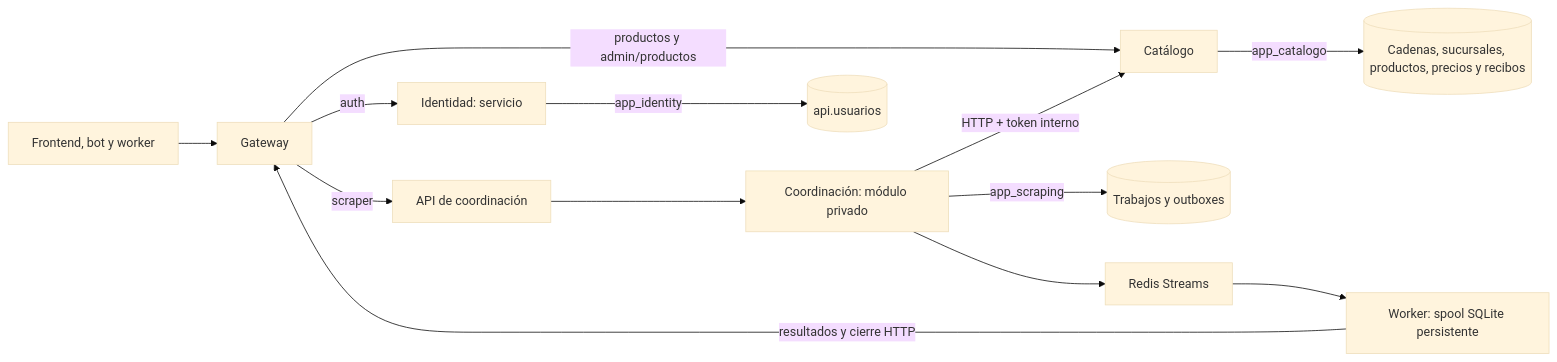
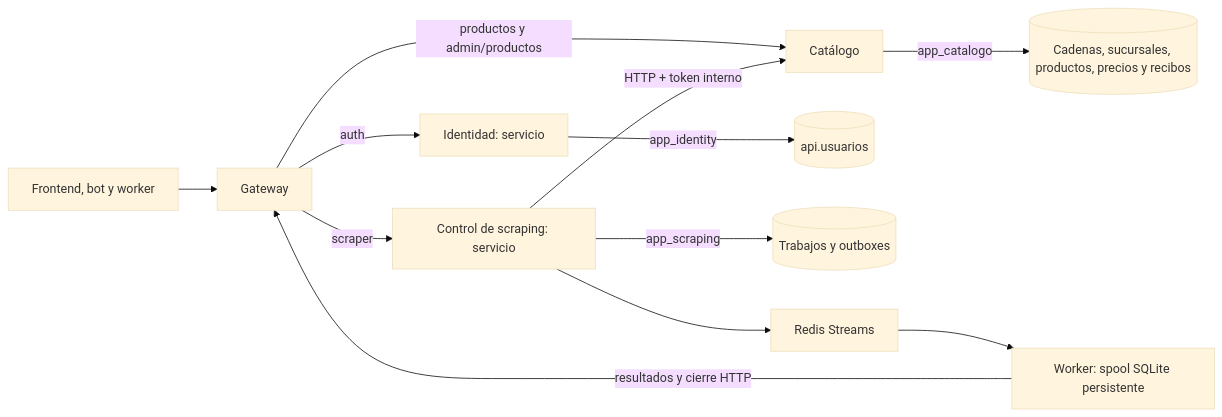
Before and after one commit to RutaAhorro/Taller_integracion_III: the diagram in docs/Guias/GUIA_DATOS_Y_PERMISOS_BACKEND.md, drawn with Mermaid (base theme). The commit also changed other lines of this file and 124 other files, not shown here.

Commit message:
refactor: SUP-273 extraer control de scraping independiente

````diff
--- a/docs/Guias/GUIA_DATOS_Y_PERMISOS_BACKEND.md
+++ b/docs/Guias/GUIA_DATOS_Y_PERMISOS_BACKEND.md
@@ -13,15 +13,14 @@
 ```mermaid
 flowchart LR
     Clientes[Frontend, bot y worker] --> Gateway
     Gateway -->|auth| Identidad[Identidad: servicio]
-    Gateway -->|scraper| API[API de coordinación]
+    Gateway -->|scraper| Scraping[Control de scraping: servicio]
     Gateway -->|productos y admin/productos| Catalogo[Catálogo]
-    API --> Scraping[Coordinación: módulo privado]
     Identidad -->|app_identity| Usuarios[(api.usuarios)]
     Scraping -->|app_scraping| Trabajos[(Trabajos y outboxes)]
     Scraping -->|HTTP + token interno| Catalogo
     Catalogo -->|app_catalogo| Productos[(Cadenas, sucursales, productos, precios y recibos)]
     Scraping --> Redis[Redis Streams]
     Redis --> Worker[Worker: spool SQLite persistente]
     Worker -->|resultados y cierre HTTP| Gateway
 ```
````
